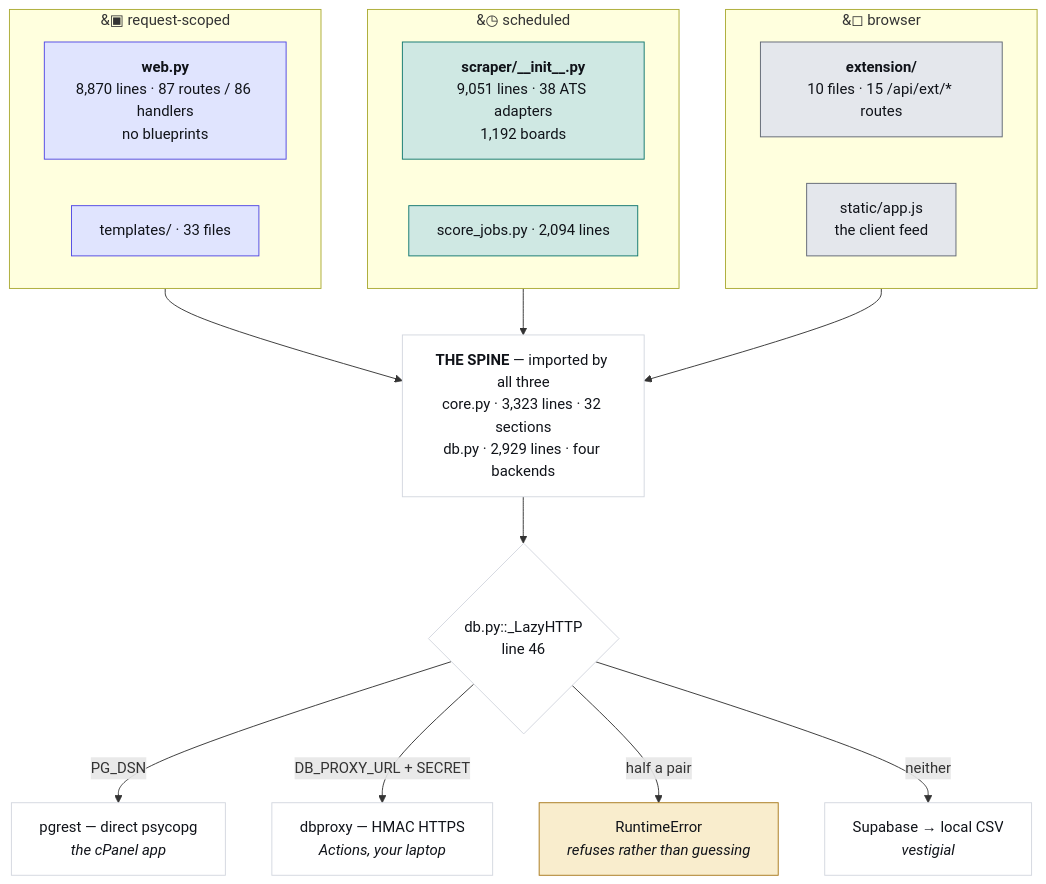
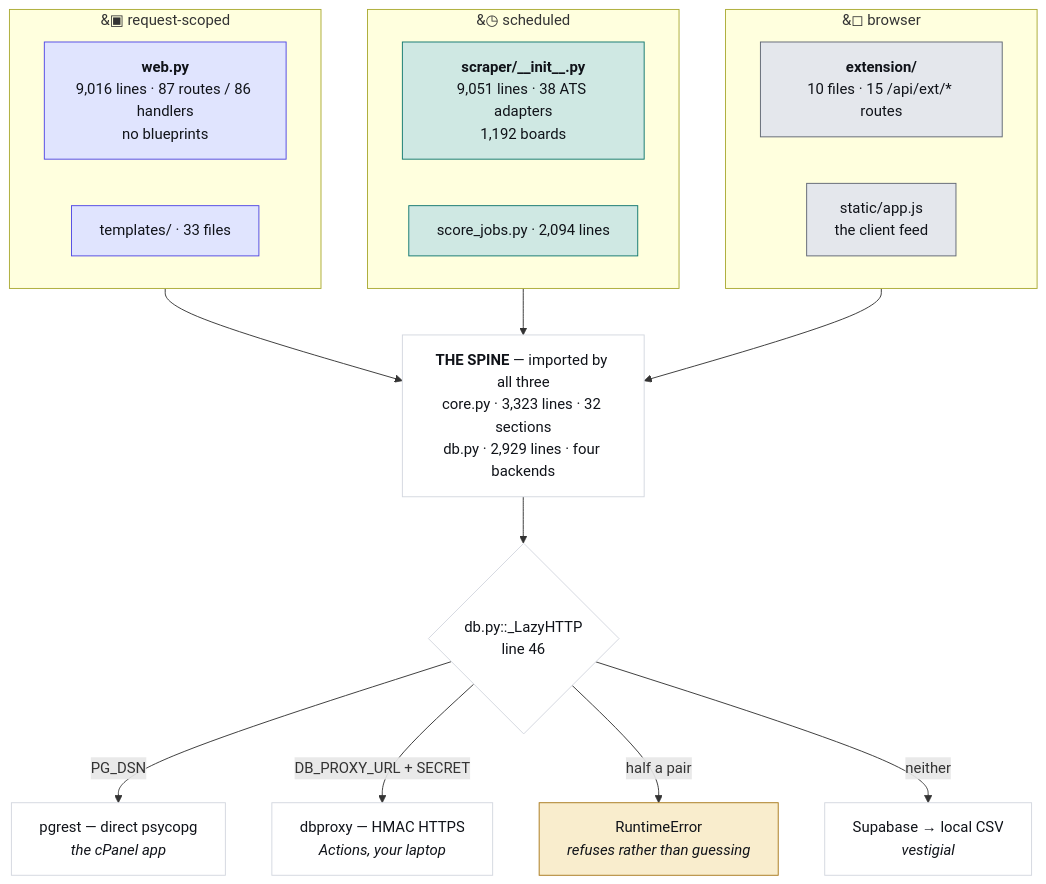
Before and after one commit to hadakunal909-debug/job-search-tool: the first of 4 diagrams in JobMatch Scraper/docs/ARCHITECTURE.md, drawn with Mermaid. The commit also changed other lines of this file and 9 other files, not shown here.

````diff
--- a/JobMatch Scraper/docs/ARCHITECTURE.md
+++ b/JobMatch Scraper/docs/ARCHITECTURE.md
@@ -45,34 +45,34 @@
 ```mermaid
 flowchart TB
   subgraph REQ["&#9635; request-scoped"]
-    W["<b>web.py</b><br/>8,870 lines · 87 routes / 86 handlers<br/>no blueprints"]
+    W["<b>web.py</b><br/>9,016 lines · 87 routes / 86 handlers<br/>no blueprints"]
     T["templates/ · 33 files"]
   end
   subgraph SCH["&#9719; scheduled"]
     S["<b>scraper/__init__.py</b><br/>9,051 lines · 38 ATS adapters<br/>1,192 boards"]
     J["score_jobs.py · 2,094 lines"]
   end
   subgraph CLI["&#9723; browser"]
     E["<b>extension/</b><br/>10 files · 15 /api/ext/* routes"]
     A["static/app.js<br/>the client feed"]
   end
   SPINE["<b>THE SPINE</b> — imported by all three<br/>core.py · 3,323 lines · 32 sections<br/>db.py · 2,929 lines · four backends"]
   REQ --> SPINE
   SCH --> SPINE
   CLI --> SPINE
   SPINE --> D{"db.py::_LazyHTTP<br/>line 46"}
   D -->|"PG_DSN"| P["pgrest — direct psycopg<br/><i>the cPanel app</i>"]
   D -->|"DB_PROXY_URL + SECRET"| X["dbproxy — HMAC HTTPS<br/><i>Actions, your laptop</i>"]
   D -->|"half a pair"| R["RuntimeError<br/><i>refuses rather than guessing</i>"]
   D -->|"neither"| V["Supabase → local CSV<br/><i>vestigial</i>"]
   classDef web fill:#e0e4fe,stroke:#4f46e5,color:#101319
   classDef sched fill:#cfe8e3,stroke:#0f766e,color:#101319
   classDef client fill:#e4e7ec,stroke:#5f6573,color:#101319
   classDef trap fill:#f9edcd,stroke:#a8781a,color:#101319
   classDef plain fill:#ffffff,stroke:#d3d7df,color:#101319
   class W,T web
   class S,J sched
   class E,A client
   class R trap
   class SPINE,D,P,X,V plain
 ```
````
